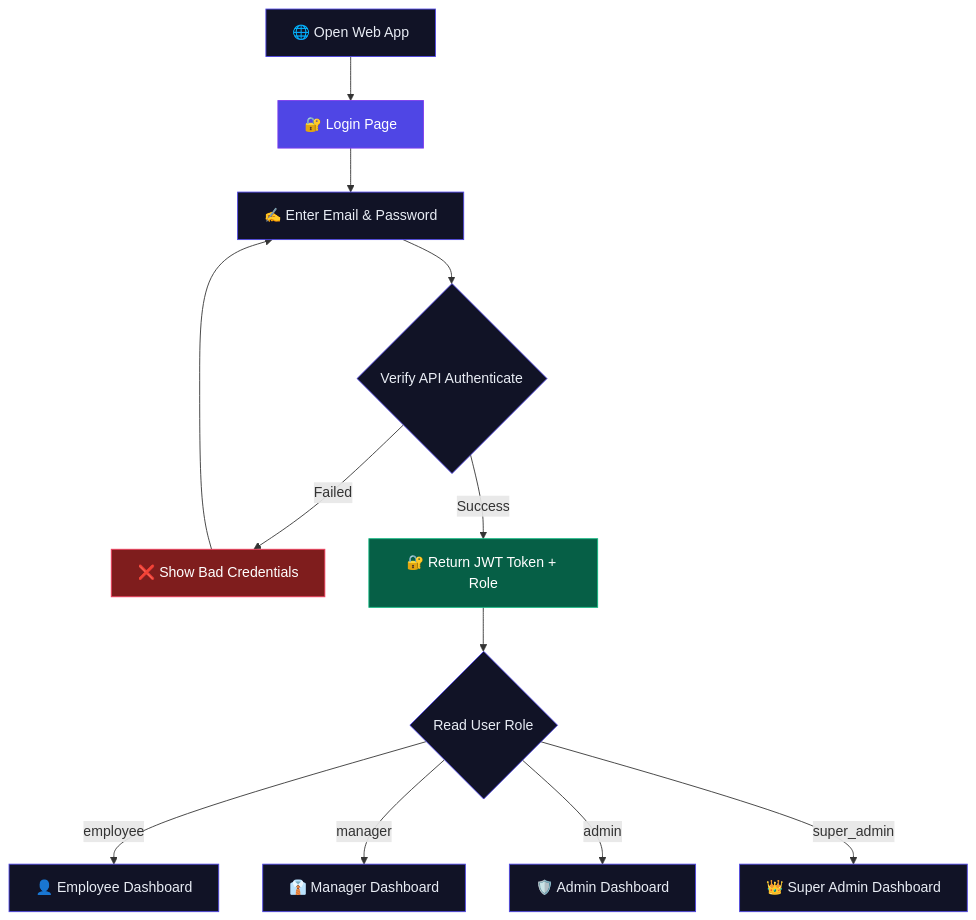
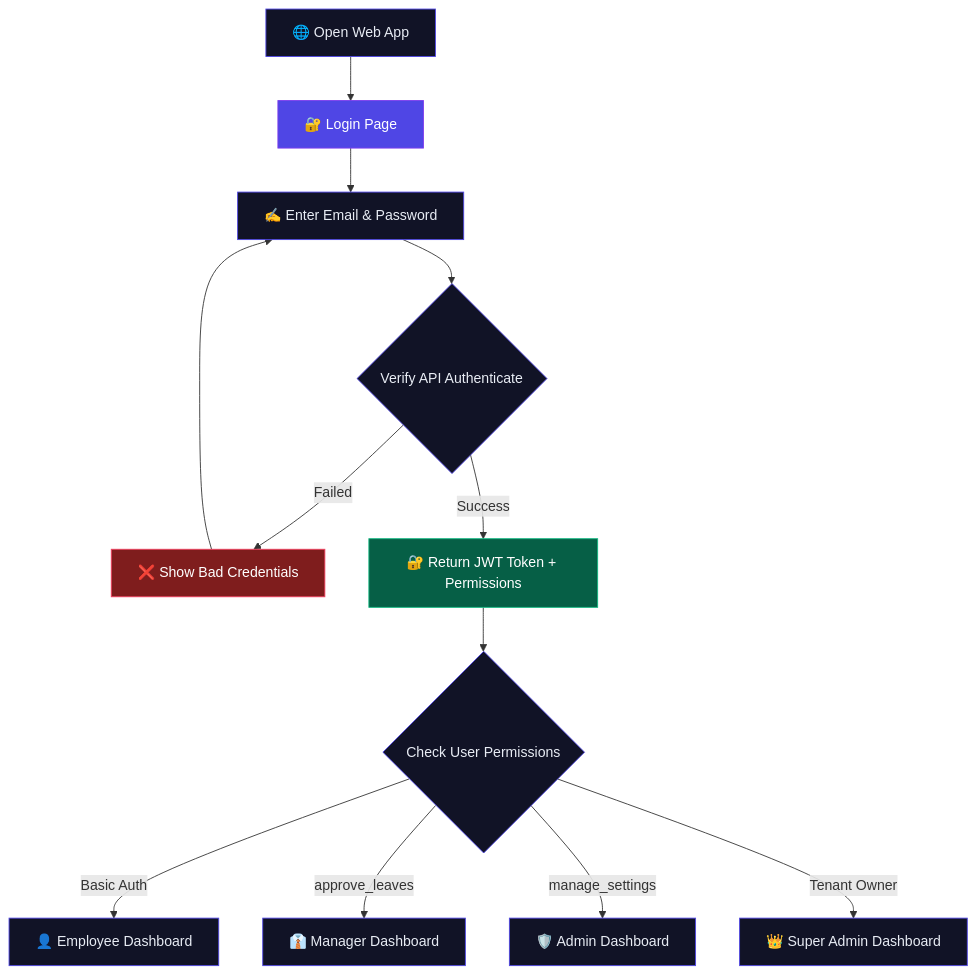
One commit to algorithnicmind/Bookflow-management changed the third of 5 diagrams in README.md. Above: the diagram before and after it, drawn with Mermaid. The commit also changed other lines of this file and 3 other files, not shown here.

````diff
--- a/README.md
+++ b/README.md
@@ -200,23 +200,23 @@
 ```mermaid
 flowchart TD
     classDef default fill:#111326,stroke:#4f46e5,stroke-width:1px,color:#e8ecf4;
     classDef primary fill:#4f46e5,stroke:#7c3aed,stroke-width:1px,color:#fff;
     classDef success fill:#065f46,stroke:#10b981,stroke-width:1px,color:#fff;
     classDef warning fill:#78350f,stroke:#f59e0b,stroke-width:1px,color:#fff;
     classDef danger fill:#7f1d1d,stroke:#f43f5e,stroke-width:1px,color:#fff;
 
     Start[🌐 Open Web App] --> Login[🔐 Login Page]:::primary
     Login --> Credentials[✍️ Enter Email & Password]
     Credentials --> AuthCheck{Verify API Authenticate}
     
     AuthCheck -->|Failed| FailMsg[❌ Show Bad Credentials]:::danger
     FailMsg --> Credentials
     
-    AuthCheck -->|Success| TokenGen[🔐 Return JWT Token + Role]:::success
-    TokenGen --> RoleSplit{Read User Role}
+    AuthCheck -->|Success| TokenGen[🔐 Return JWT Token + Permissions]:::success
+    TokenGen --> RoleSplit{Check User Permissions}
     
-    RoleSplit -->|employee| EmpDash[👤 Employee Dashboard]
-    RoleSplit -->|manager| MgrDash[👔 Manager Dashboard]
-    RoleSplit -->|admin| AdminDash[🛡️ Admin Dashboard]
-    RoleSplit -->|super_admin| SuperDash[👑 Super Admin Dashboard]
+    RoleSplit -->|Basic Auth| EmpDash[👤 Employee Dashboard]
+    RoleSplit -->|approve_leaves| MgrDash[👔 Manager Dashboard]
+    RoleSplit -->|manage_settings| AdminDash[🛡️ Admin Dashboard]
+    RoleSplit -->|Tenant Owner| SuperDash[👑 Super Admin Dashboard]
 ```
````
